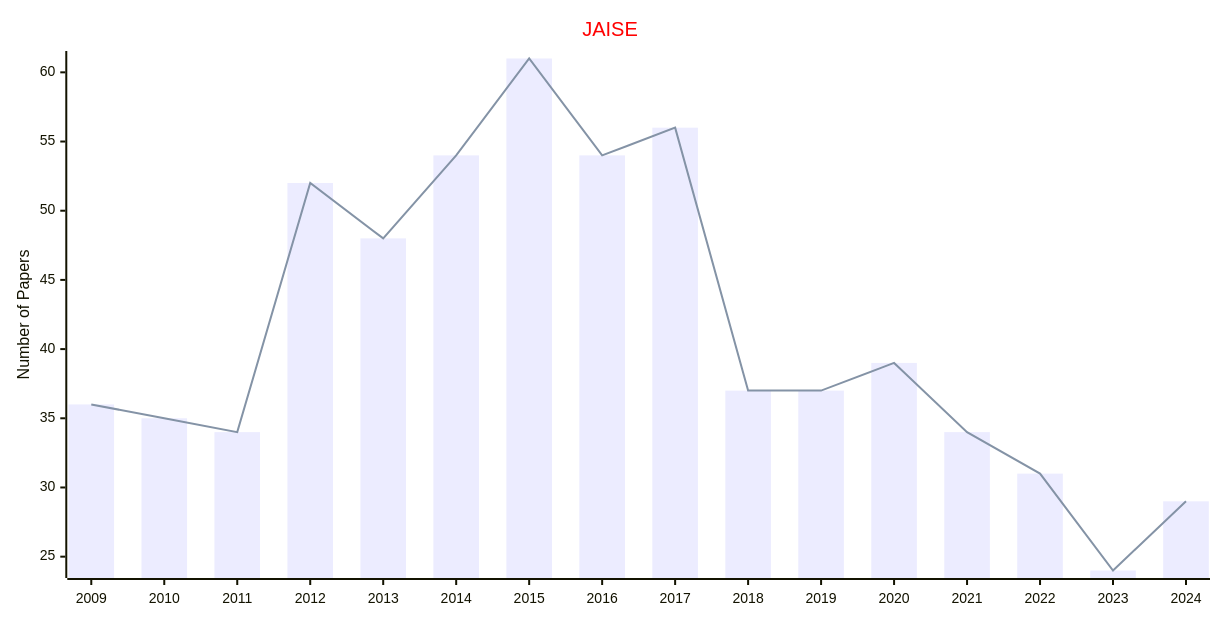
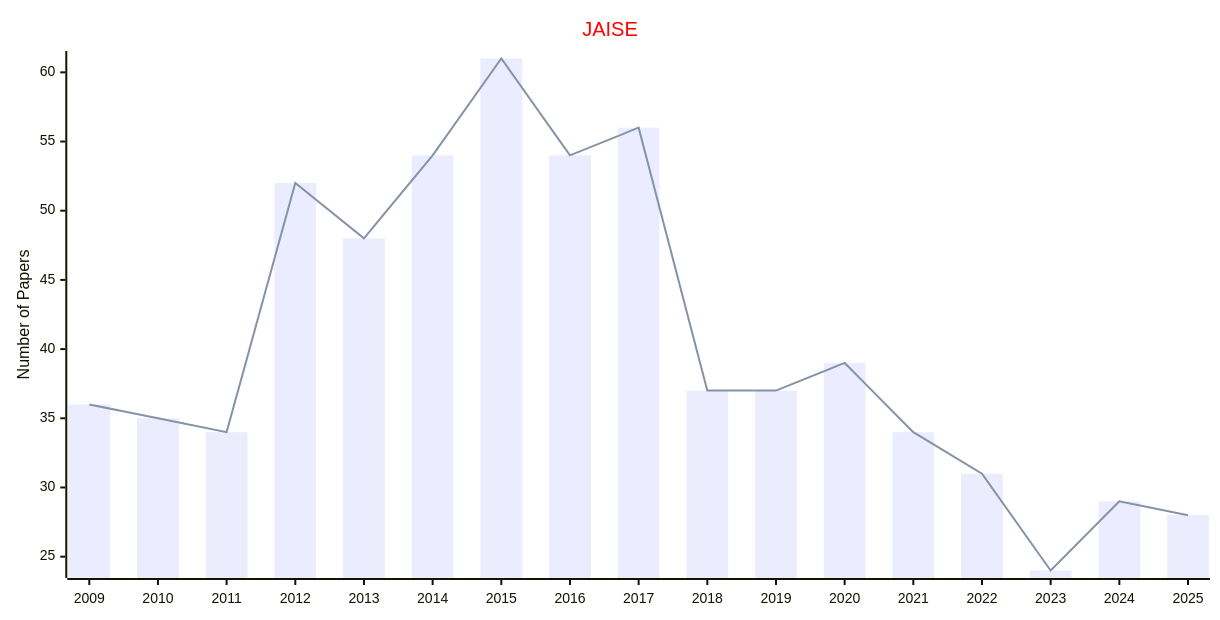
The third of 4 diagrams in docs/data/Journals/Statistics_Journals/Ambient_Intelligence.md (Easy-PhD/AILinks), drawn with Mermaid before and after one commit. The commit also changed other lines of this file and 93 other files, not shown here.

````diff
--- a/docs/data/Journals/Statistics_Journals/Ambient_Intelligence.md
+++ b/docs/data/Journals/Statistics_Journals/Ambient_Intelligence.md
@@ -57,17 +57,17 @@
 ```mermaid
 ---
 config:
     xyChart:
         width: 1200
         height: 600
     themeVariables:
         xyChart:
             titleColor: "#ff0000"
 ---
 xychart-beta
     title "JAISE"
-    x-axis [2009, 2010, 2011, 2012, 2013, 2014, 2015, 2016, 2017, 2018, 2019, 2020, 2021, 2022, 2023, 2024]
+    x-axis [2009, 2010, 2011, 2012, 2013, 2014, 2015, 2016, 2017, 2018, 2019, 2020, 2021, 2022, 2023, 2024, 2025]
     y-axis "Number of Papers"
-    bar [36, 35, 34, 52, 48, 54, 61, 54, 56, 37, 37, 39, 34, 31, 24, 29]
-    line [36, 35, 34, 52, 48, 54, 61, 54, 56, 37, 37, 39, 34, 31, 24, 29]
+    bar [36, 35, 34, 52, 48, 54, 61, 54, 56, 37, 37, 39, 34, 31, 24, 29, 28]
+    line [36, 35, 34, 52, 48, 54, 61, 54, 56, 37, 37, 39, 34, 31, 24, 29, 28]
 ```
````
